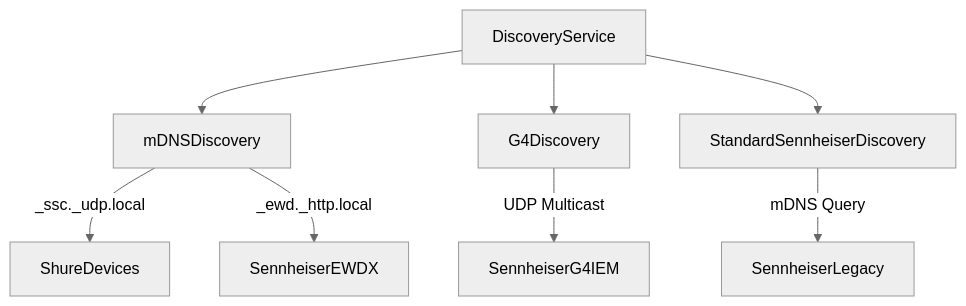
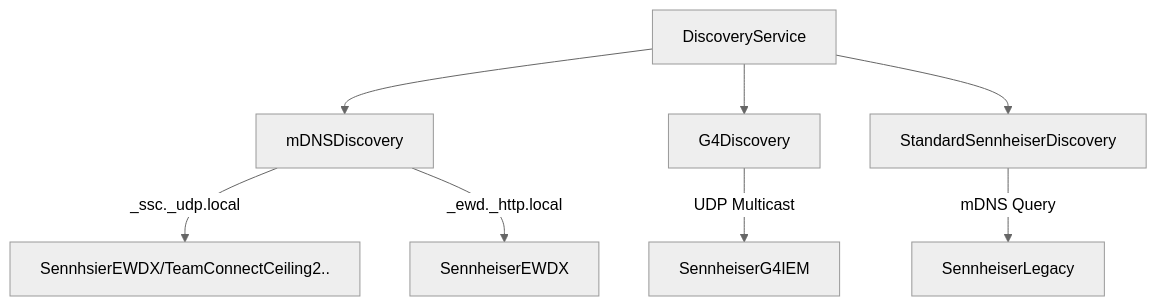
One commit to Beatwen/RF_Go changed the first of 3 diagrams in docusaurus/docs/protocols/dns-discovery.md. Above: the diagram before and after it, drawn with Mermaid (neutral theme). The commit also changed 5 other files, not shown here.

````diff
--- a/docusaurus/docs/protocols/dns-discovery.md
+++ b/docusaurus/docs/protocols/dns-discovery.md
@@ -11,10 +11,10 @@
 ```mermaid
 flowchart TB
     DiscoveryService --> mDNSDiscovery
     DiscoveryService --> G4Discovery
     DiscoveryService --> StandardSennheiserDiscovery
-    mDNSDiscovery -- "_ssc._udp.local" --> ShureDevices
+    mDNSDiscovery -- "_ssc._udp.local" --> SennhsierEWDX/TeamConnectCeiling2..
     mDNSDiscovery -- "_ewd._http.local" --> SennheiserEWDX
     G4Discovery -- "UDP Multicast" --> SennheiserG4IEM
     StandardSennheiserDiscovery -- "mDNS Query" --> SennheiserLegacy
 ```
````
